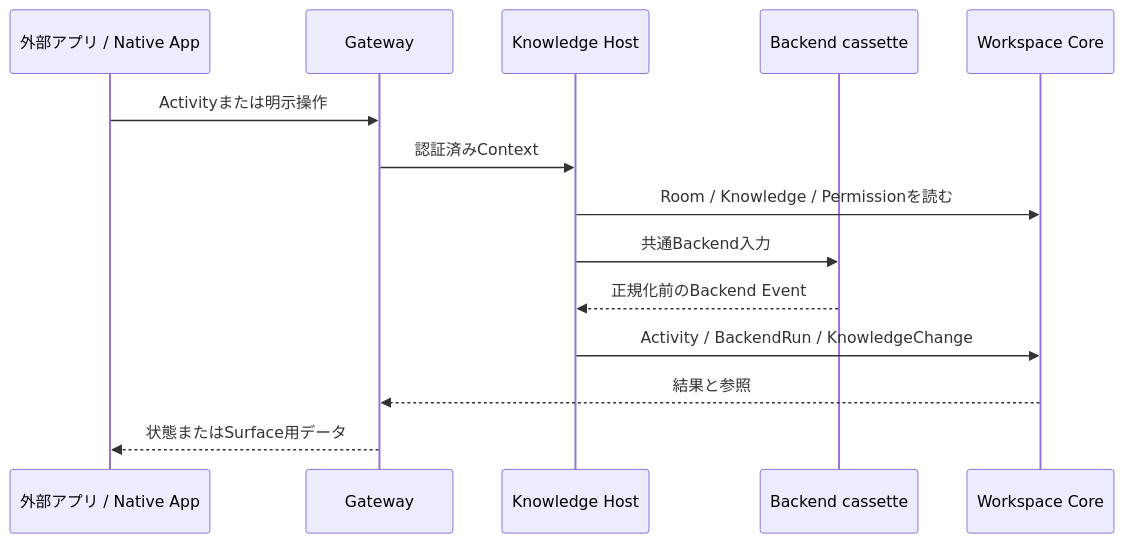
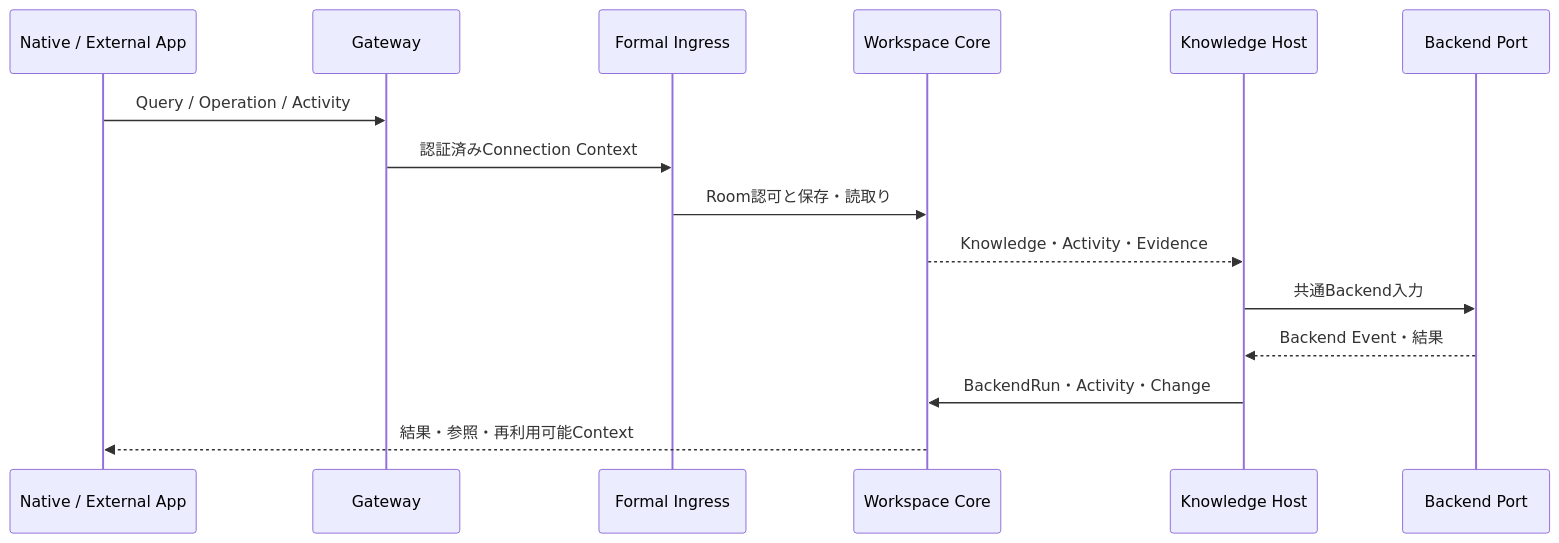
The second of 2 diagrams in ARCHITECTURE.md (Takuma-kaho/Samurai-Agent), drawn with Mermaid before and after one commit. The commit also changed other lines of this file and 16 other files, not shown here.

```diff
--- a/ARCHITECTURE.md
+++ b/ARCHITECTURE.md
@@ -239,17 +229,18 @@
 ~~~mermaid
 sequenceDiagram
-  participant App as 外部アプリ / Native App
+  participant App as Native / External App
   participant G as Gateway
+  participant I as Formal Ingress
+  participant W as Workspace Core
   participant H as Knowledge Host
-  participant B as Backend cassette
-  participant W as Workspace Core
+  participant B as Backend Port
 
-  App->>G: Activityまたは明示操作
-  G->>H: 認証済みContext
-  H->>W: Room / Knowledge / Permissionを読む
+  App->>G: Query / Operation / Activity
+  G->>I: 認証済みConnection Context
+  I->>W: Room認可と保存・読取り
+  W-->>H: Knowledge・Activity・Evidence
   H->>B: 共通Backend入力
-  B-->>H: 正規化前のBackend Event
-  H->>W: Activity / BackendRun / KnowledgeChange
-  W-->>G: 結果と参照
-  G-->>App: 状態またはSurface用データ
+  B-->>H: Backend Event・結果
+  H->>W: BackendRun・Activity・Change
+  W-->>App: 結果・参照・再利用可能Context
 ~~~
```
